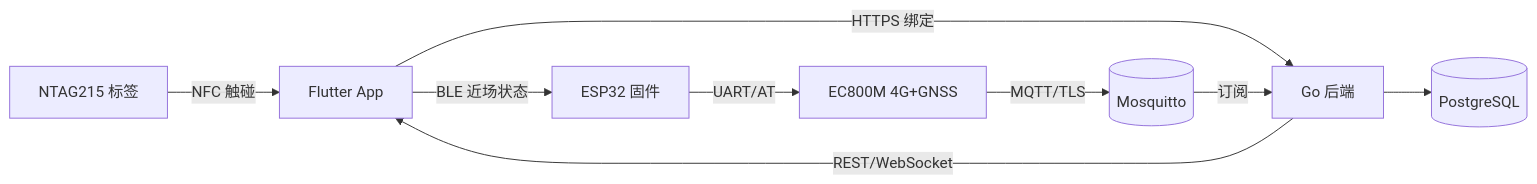
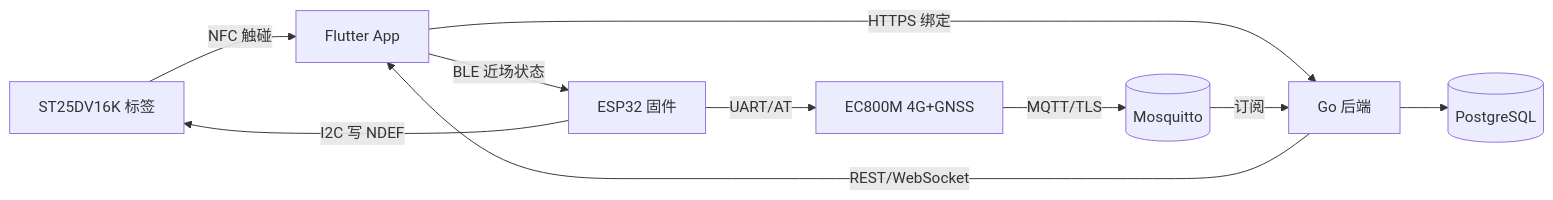
The diagram in README.md (bycicle-locating/bycicle-locating), drawn with Mermaid before and after one commit. The commit also changed other lines of this file and 22 other files, not shown here.

````diff
--- a/README.md
+++ b/README.md
@@ -26,11 +27,12 @@
 ```mermaid
 flowchart LR
-  TAG[NTAG215 标签] -- NFC 触碰 --> APP[Flutter App]
+  TAG[ST25DV16K 标签] -- NFC 触碰 --> APP[Flutter App]
+  FW -- I2C 写 NDEF --> TAG
   APP -- HTTPS 绑定 --> API[Go 后端]
   FW[ESP32 固件] -- UART/AT --> MODEM[EC800M 4G+GNSS]
   MODEM -- MQTT/TLS --> BROKER[(Mosquitto)]
   BROKER -- 订阅 --> API
   API --> DB[(PostgreSQL)]
   API -- REST/WebSocket --> APP
   APP -- BLE 近场状态 --> FW
 ```
````
